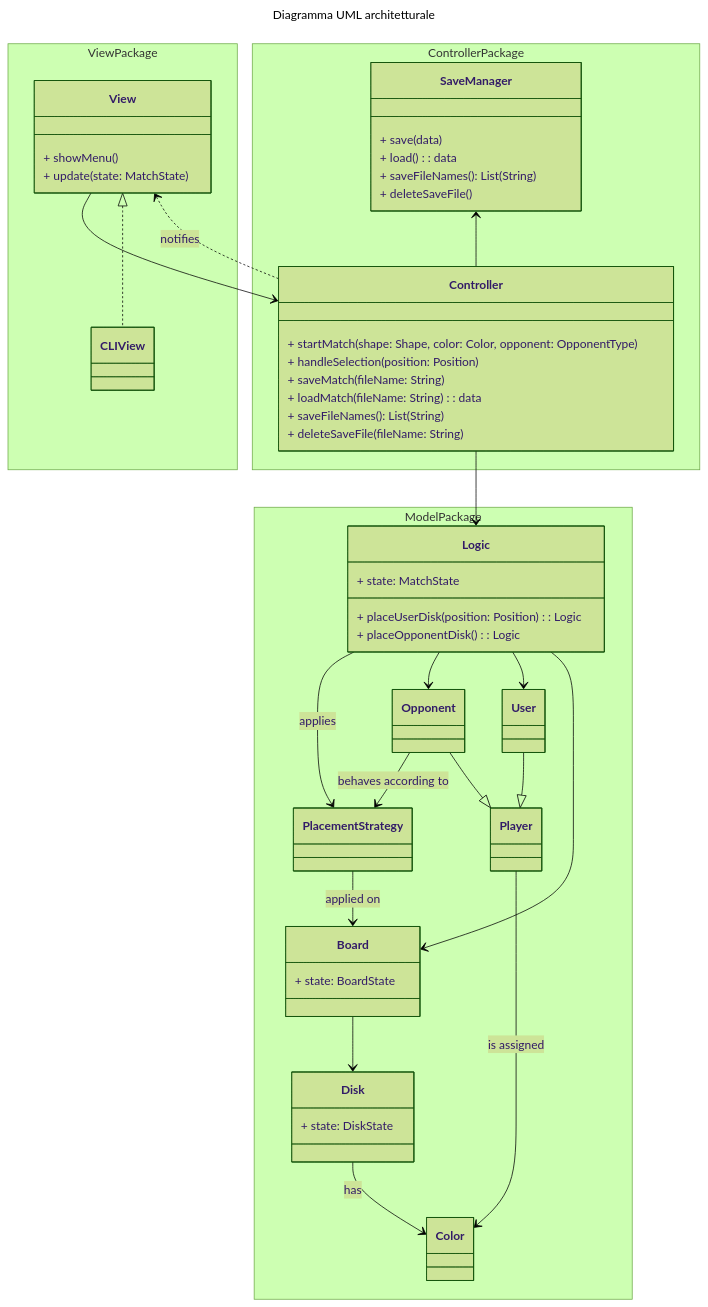
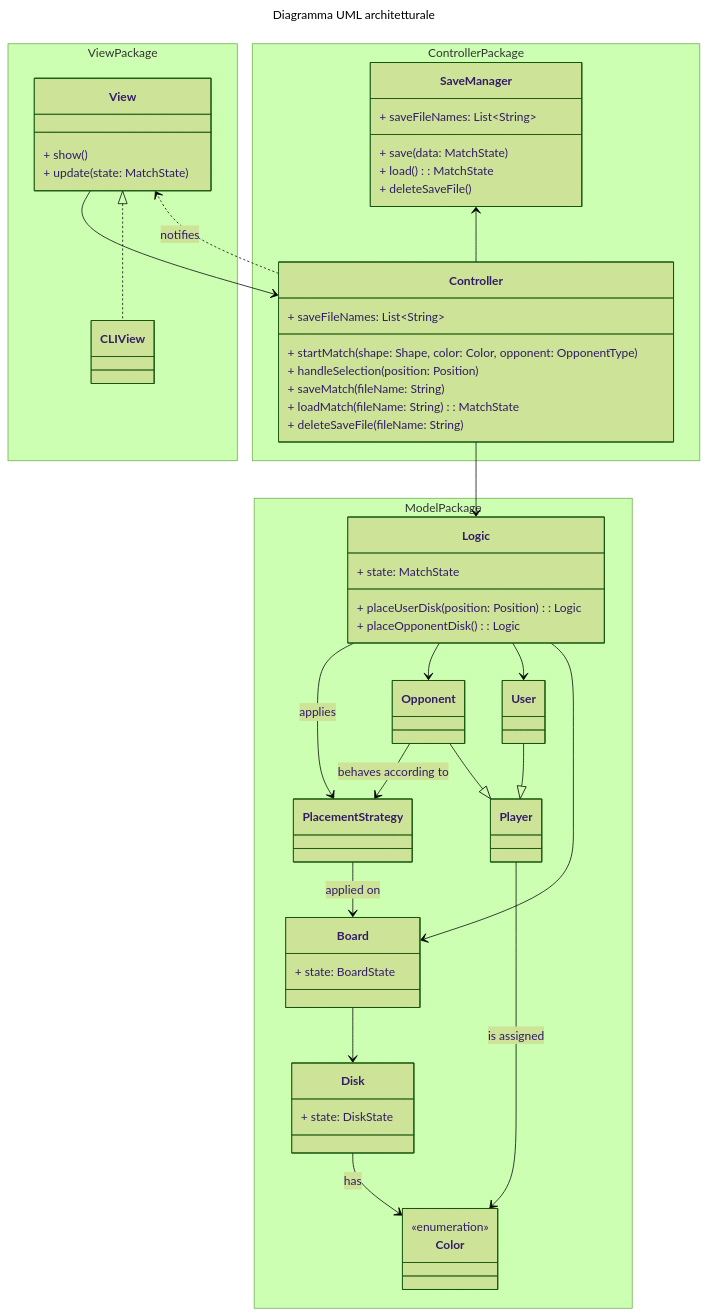
The first of 2 diagrams in docs/report/3-architectural-design.md (Borgotto/PPS-25-scalatello), drawn with Mermaid (forest theme) before and after one commit. The commit also changed other lines of this file and 1 other file, not shown here.

Commit message:
update architectural design section in report

````diff
--- a/docs/report/3-architectural-design.md
+++ b/docs/report/3-architectural-design.md
@@ -21,67 +27,69 @@
 ```mermaid
 ---
 title: Diagramma UML architetturale
 ---
 classDiagram
   namespace ViewPackage {
     class View {
-      + showMenu()
+      + show()
       + update(state: MatchState)
     }
     class CLIView
   }
   namespace ControllerPackage {
     class Controller {
       + startMatch(shape: Shape, color: Color, opponent: OpponentType)
       + handleSelection(position: Position)
       + saveMatch(fileName: String)
-      + loadMatch(fileName: String): data
-      + saveFileNames(): List(String)
+      + loadMatch(fileName: String): MatchState
+      + saveFileNames: List~String~
       + deleteSaveFile(fileName: String)
     }
     class SaveManager {
-      + save(data)
-      + load(): data
-      + saveFileNames(): List(String)
+      + save(data: MatchState)
+      + load(): MatchState
+      + saveFileNames: List~String~
       + deleteSaveFile()
     }
   }
   namespace ModelPackage {
     class Logic {
       + state: MatchState
       + placeUserDisk(position: Position): Logic
       + placeOpponentDisk(): Logic
     }
     class PlacementStrategy
     class Opponent
     class User
     class Board {
       + state: BoardState
     }
     class Disk {
       + state: DiskState
     }
-    class Color
+    class Color {
+      <<enumeration>>
+    }
     class Player
   }
 
   Logic --> PlacementStrategy: applies
   Logic --> Opponent
   Logic --> User
   Logic --> Board
 
   Opponent --> PlacementStrategy : behaves according to
   Opponent --|> Player
   User --|> Player
   Player --> Color: is assigned
   PlacementStrategy --> Board: applied on
   Board --> Disk
   Disk --> Color: has
 
   View --> Controller
   Controller ..> View : notifies
   Controller --> Logic
   SaveManager <-- Controller
 
   View <|.. CLIView
 ```
````
